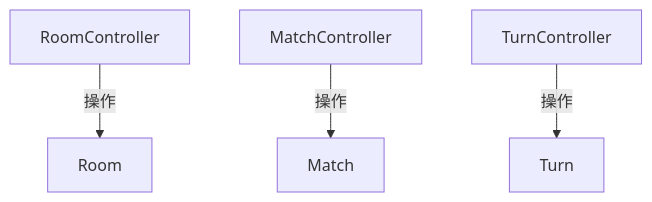
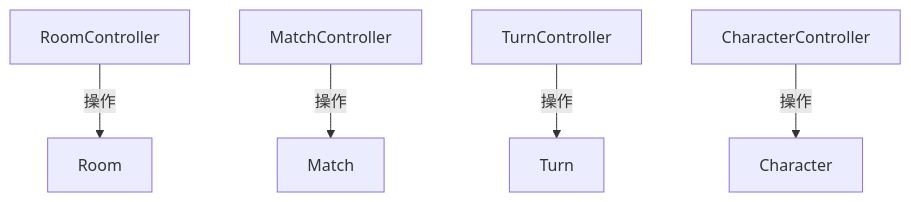
Before and after one commit to crossagent/paotuan: the third of 6 diagrams in docs/架构.md, drawn with Mermaid. The commit also changed other lines of this file and 9 other files, not shown here.

````diff
--- a/docs/架构.md
+++ b/docs/架构.md
@@ -116,6 +123,7 @@
 ```mermaid
 graph TD
     RoomController --> |操作| Room
     MatchController --> |操作| Match
     TurnController --> |操作| Turn
+    CharacterController --> |操作| Character
 ```
````
